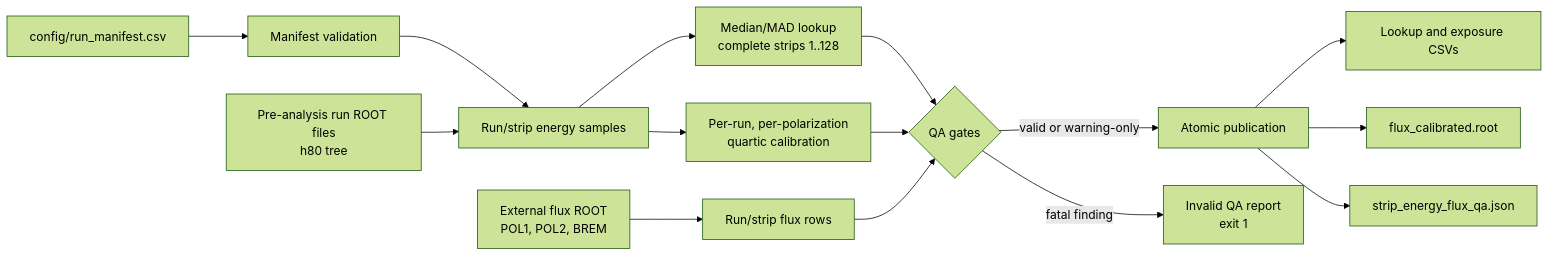
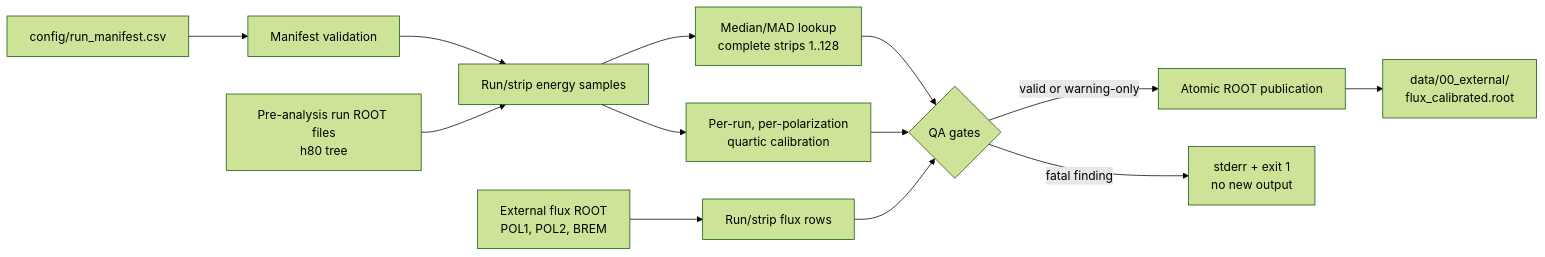
Before and after one commit to AntoninoFulci/GRAAL_Analysis: the diagram in wiki/06-calibration.md, drawn with Mermaid (forest theme). The commit also changed other lines of this file and 60 other files, not shown here.

First line of the commit message:
Add comprehensive tests for beam asymmetry, figure comparisons, and photon flux

````diff
--- a/wiki/06-calibration.md
+++ b/wiki/06-calibration.md
@@ -9,17 +8,15 @@
 ```mermaid
 flowchart LR
     M["config/run_manifest.csv"] --> V["Manifest validation"]
     H["Pre-analysis run ROOT files<br/>h80 tree"] --> S["Run/strip energy samples"]
     F["External flux ROOT<br/>POL1, POL2, BREM"] --> R["Run/strip flux rows"]
     V --> S
     S --> L["Median/MAD lookup<br/>complete strips 1..128"]
     S --> C["Per-run, per-polarization<br/>quartic calibration"]
     L --> Q{"QA gates"}
     R --> Q
     C --> Q
-    Q -->|"valid or warning-only"| P["Atomic publication"]
-    Q -->|"fatal finding"| J["Invalid QA report<br/>exit 1"]
-    P --> CSV["Lookup and exposure CSVs"]
-    P --> ROOT["flux_calibrated.root"]
-    P --> JSON["strip_energy_flux_qa.json"]
+    Q -->|"valid or warning-only"| P["Atomic ROOT publication"]
+    Q -->|"fatal finding"| J["stderr + exit 1<br/>no new output"]
+    P --> ROOT["data/00_external/<br/>flux_calibrated.root"]
 ```
````
